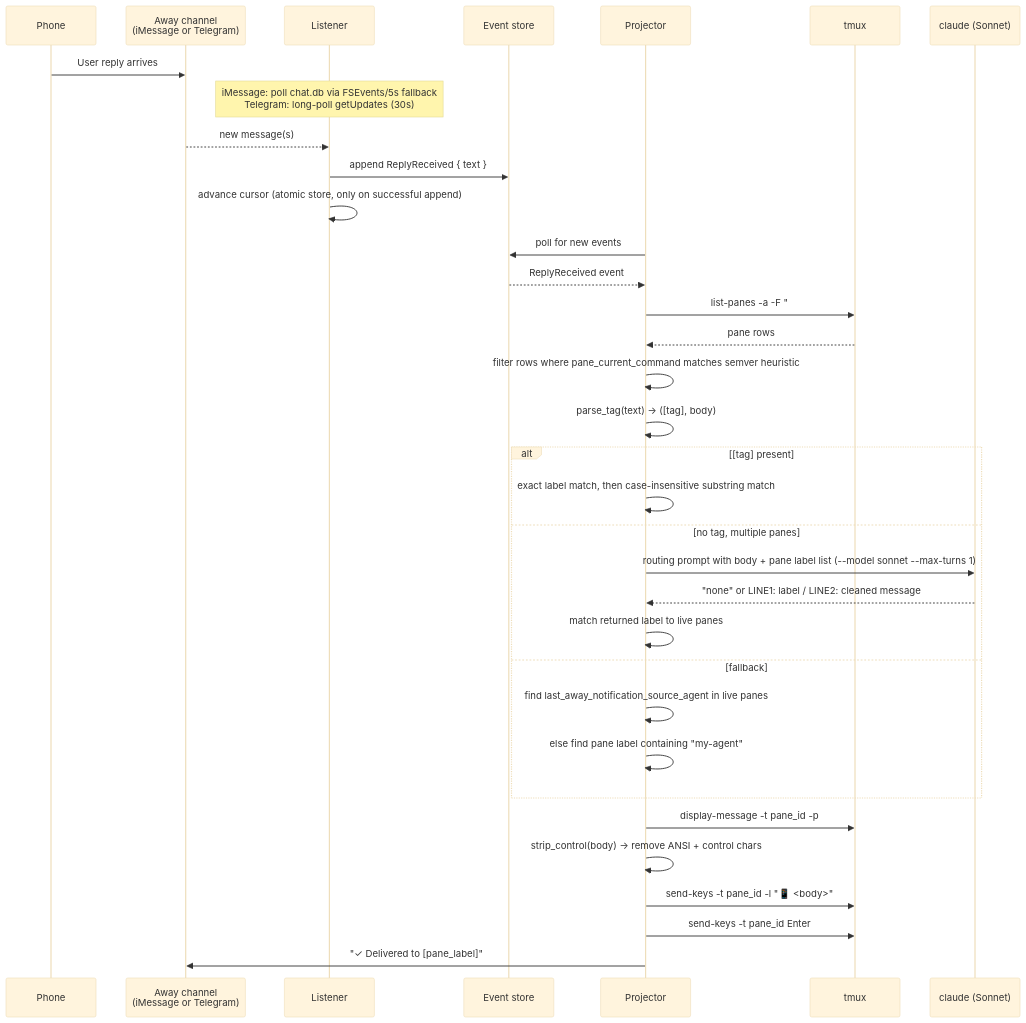
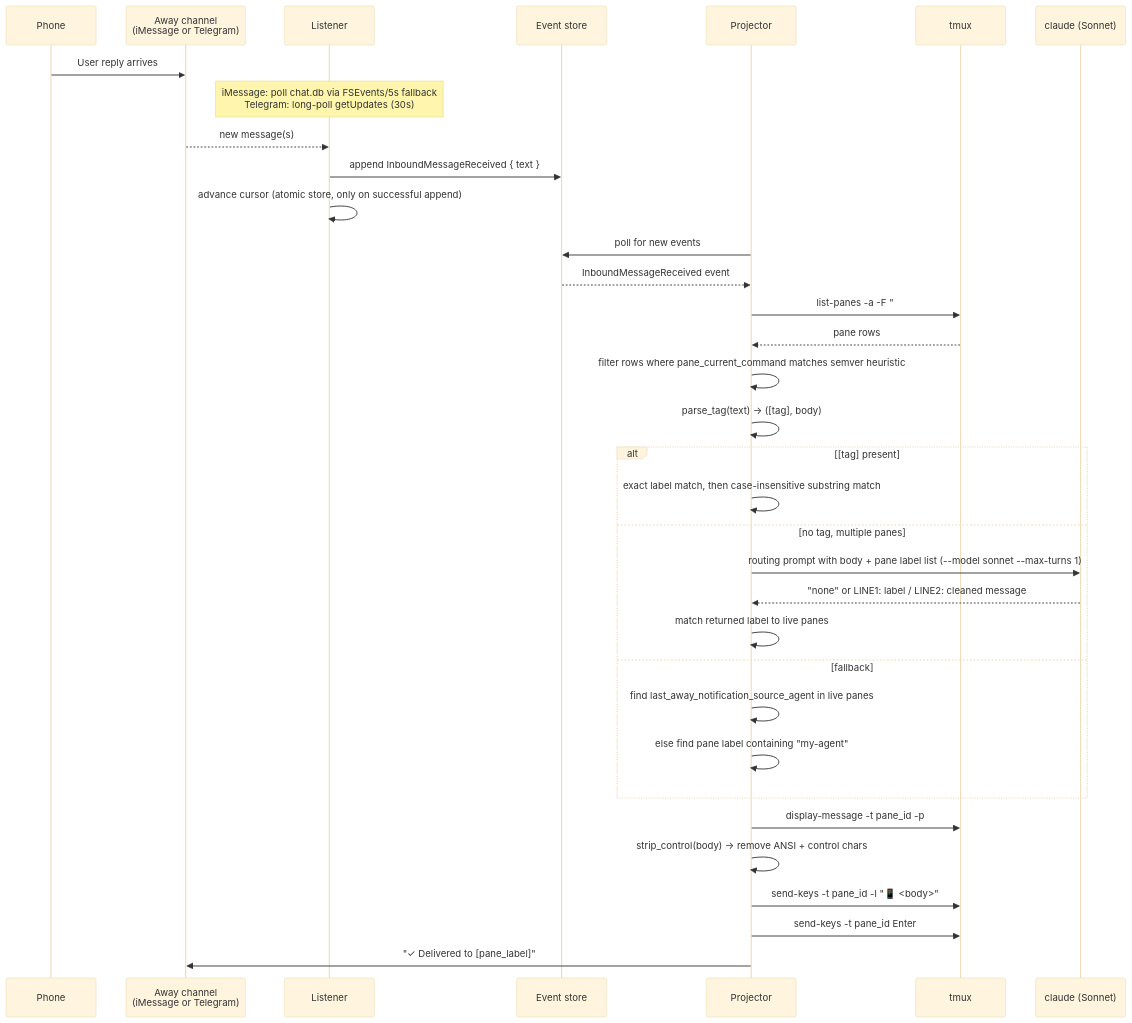
The diagram in docs/references/reply-routing/README.md (kahgeh/harold), drawn with Mermaid (base theme) before and after one commit. The commit also changed other lines of this file and 6 other files, not shown here.

First line of the commit message:
refactor: rename ReplyReceived to InboundMessageReceived

````diff
--- a/docs/references/reply-routing/README.md
+++ b/docs/references/reply-routing/README.md
@@ -97,42 +97,42 @@
 ```mermaid
 sequenceDiagram
     participant Phone
     participant Channel as Away channel<br/>(iMessage or Telegram)
     participant Listener
     participant Store as Event store
     participant Projector
     participant Tmux as tmux
     participant AiCli as claude (Sonnet)
 
     Phone->>Channel: User reply arrives
     note over Listener: iMessage: poll chat.db via FSEvents/5s fallback<br/>Telegram: long-poll getUpdates (30s)
     Channel-->>Listener: new message(s)
-    Listener->>Store: append ReplyReceived { text }
+    Listener->>Store: append InboundMessageReceived { text }
     Listener->>Listener: advance cursor (atomic store, only on successful append)
 
     Projector->>Store: poll for new events
-    Store-->>Projector: ReplyReceived event
+    Store-->>Projector: InboundMessageReceived event
 
     Projector->>Tmux: list-panes -a -F "#{pane_id}|#{session_name}:#{window_index}.#{pane_index}|#{pane_current_command}"
     Tmux-->>Projector: pane rows
     Projector->>Projector: filter rows where pane_current_command matches semver heuristic
 
     Projector->>Projector: parse_tag(text) → ([tag], body)
 
     alt [tag] present
         Projector->>Projector: exact label match, then case-insensitive substring match
     else no tag, multiple panes
         Projector->>AiCli: routing prompt with body + pane label list (--model sonnet --max-turns 1)
         AiCli-->>Projector: "none" or LINE1: label / LINE2: cleaned message
         Projector->>Projector: match returned label to live panes
     else fallback
         Projector->>Projector: find last_away_notification_source_agent in live panes
         Projector->>Projector: else find pane label containing "my-agent"
     end
 
     Projector->>Tmux: display-message -t pane_id -p #{pane_current_command} → liveness check
     Projector->>Projector: strip_control(body) → remove ANSI + control chars
     Projector->>Tmux: send-keys -t pane_id -l "📱 <body>"
     Projector->>Tmux: send-keys -t pane_id Enter
     Projector->>Channel: "✓ Delivered to [pane_label]"
 ```
````
